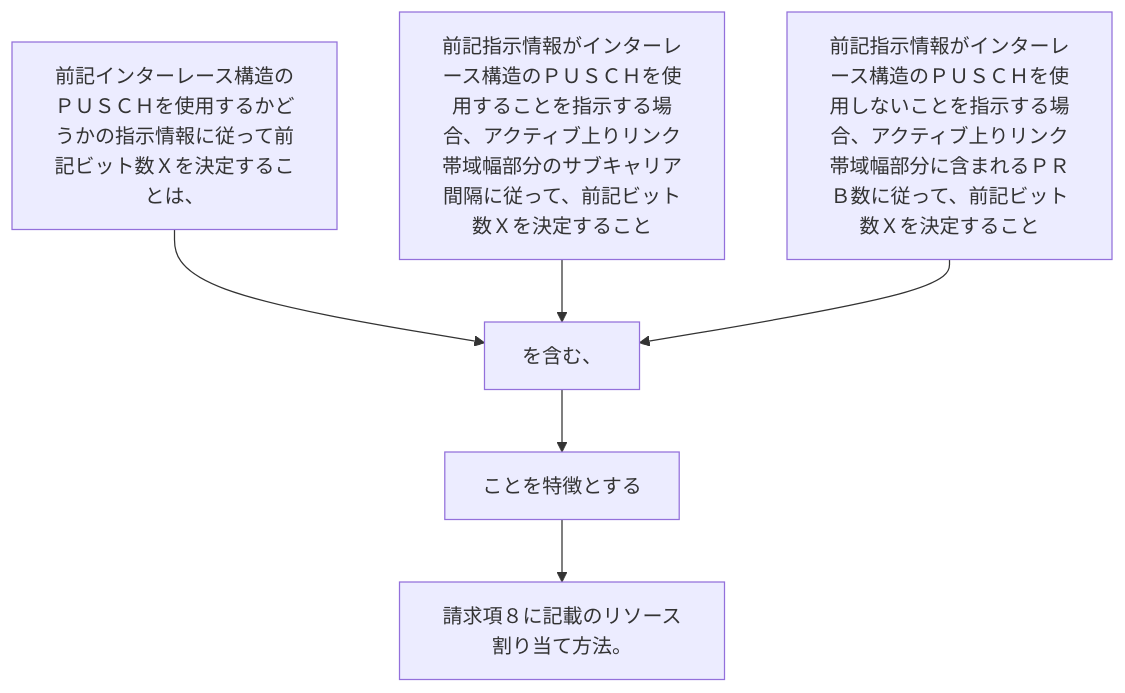
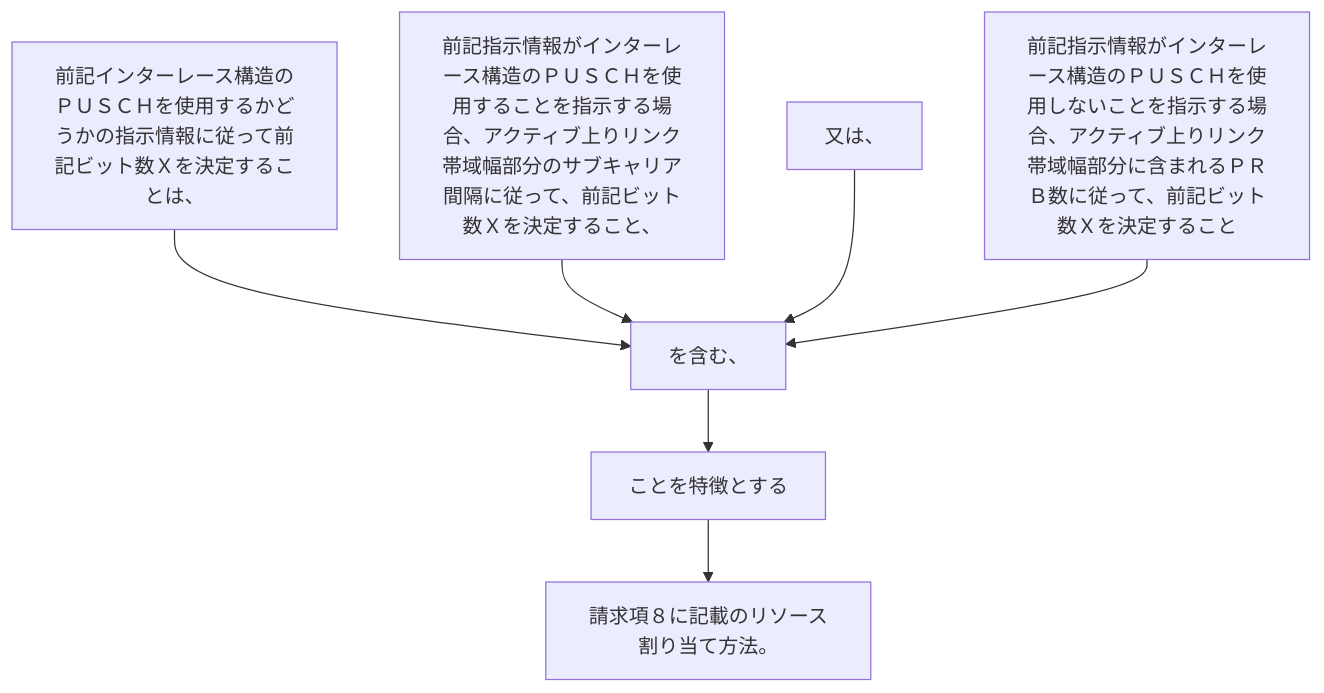
One commit to shinmori55/patent_analyzed changed the diagram in 2024/JP2024029186A/claim_9/README.md. Above: the diagram before and after it, drawn with Mermaid. The commit also changed 336 other files, not shown here.

````diff
--- a/2024/JP2024029186A/claim_9/README.md
+++ b/2024/JP2024029186A/claim_9/README.md
@@ -5,14 +5,16 @@
 ```mermaid
 flowchart TD
 A[前記インターレース構造のＰＵＳＣＨを使用するかどうかの指示情報に従って前記ビット数Ｘを決定することは、]
-B[前記指示情報がインターレース構造のＰＵＳＣＨを使用することを指示する場合、アクティブ上りリンク帯域幅部分のサブキャリア間隔に従って、前記ビット数Ｘを決定すること]
+B[前記指示情報がインターレース構造のＰＵＳＣＨを使用することを指示する場合、アクティブ上りリンク帯域幅部分のサブキャリア間隔に従って、前記ビット数Ｘを決定すること、]
+C[又は、]
 D[前記指示情報がインターレース構造のＰＵＳＣＨを使用しないことを指示する場合、アクティブ上りリンク帯域幅部分に含まれるＰＲＢ数に従って、前記ビット数Ｘを決定すること]
 E[を含む、]
 F[ことを特徴とする]
 G[請求項８に記載のリソース割り当て方法。]
 A --> E
 B --> E
+C --> E
 D --> E
 E --> F
 F --> G
 ```
````
